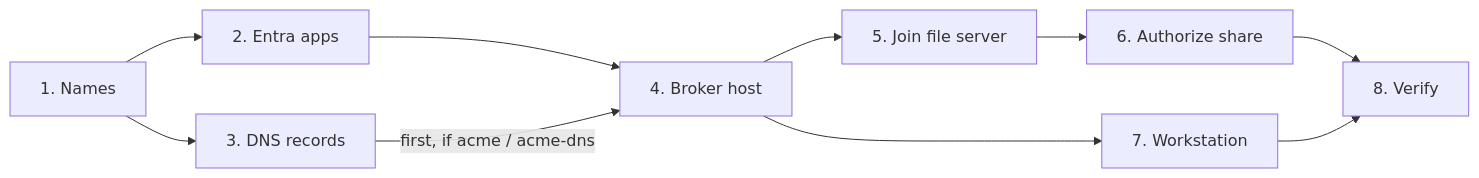
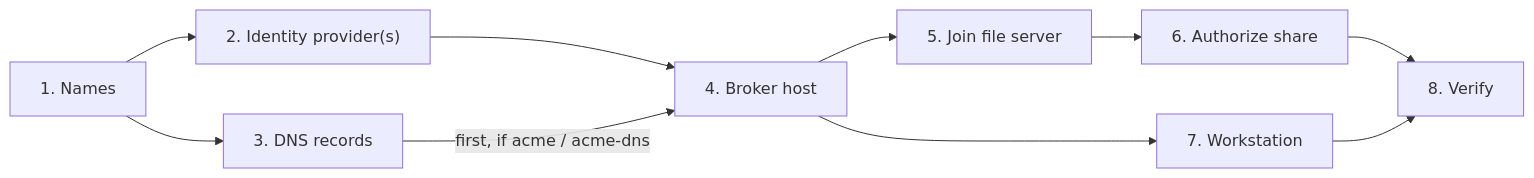
The first of 2 diagrams in SETUP.md (elonen/kerbridge), drawn with Mermaid before and after one commit. The commit also changed other lines of this file and 5 other files, not shown here.

````diff
--- a/SETUP.md
+++ b/SETUP.md
@@ -19,12 +19,12 @@
 ```mermaid
 flowchart LR
-  S1["1. Names"] --> S2["2. Entra apps"]
+  S1["1. Names"] --> S2["2. Identity provider(s)"]
   S1 --> S3["3. DNS records"]
   S2 --> S4["4. Broker host"]
   S3 -->|"first, if acme / acme-dns"| S4
   S4 --> S5["5. Join file server"]
   S5 --> S6["6. Authorize share"]
   S4 --> S7["7. Workstation"]
   S6 --> S8["8. Verify"]
   S7 --> S8
 ```
````
